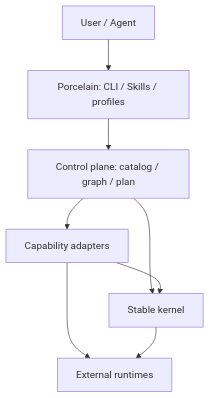
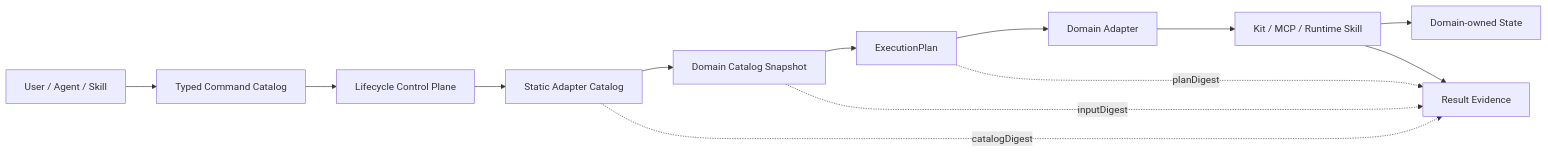
Before and after one commit to JiaxI2/AiCoding: the diagram in docs/architecture/AICODING_CORE_ARCHITECTURE.md, drawn with Mermaid. The commit also changed other lines of this file and 46 other files, not shown here.

Commit message:
feat(architecture): close orthogonal lifecycle loop

````diff
--- a/docs/architecture/AICODING_CORE_ARCHITECTURE.md
+++ b/docs/architecture/AICODING_CORE_ARCHITECTURE.md
@@ -40,10 +59,15 @@
 ```mermaid
-flowchart TD
-    U["User / Agent"] --> P["Porcelain: CLI / Skills / profiles"]
-    P --> C["Control plane: catalog / graph / plan"]
-    C --> A["Capability adapters"]
-    C --> K["Stable kernel"]
-    A --> K
-    A --> R["External runtimes"]
-    K --> R
+flowchart LR
+    A["User / Agent / Skill"] --> C["Typed Command Catalog"]
+    C --> L["Lifecycle Control Plane"]
+    L --> AC["Static Adapter Catalog"]
+    AC --> S["Domain Catalog Snapshot"]
+    S --> P["ExecutionPlan"]
+    P --> AD["Domain Adapter"]
+    AD --> D["Kit / MCP / Runtime Skill"]
+    D --> ST["Domain-owned State"]
+    D --> R["Result Evidence"]
+    S -. "inputDigest" .-> R
+    P -. "planDigest" .-> R
+    AC -. "catalogDigest" .-> R
 ```
````
